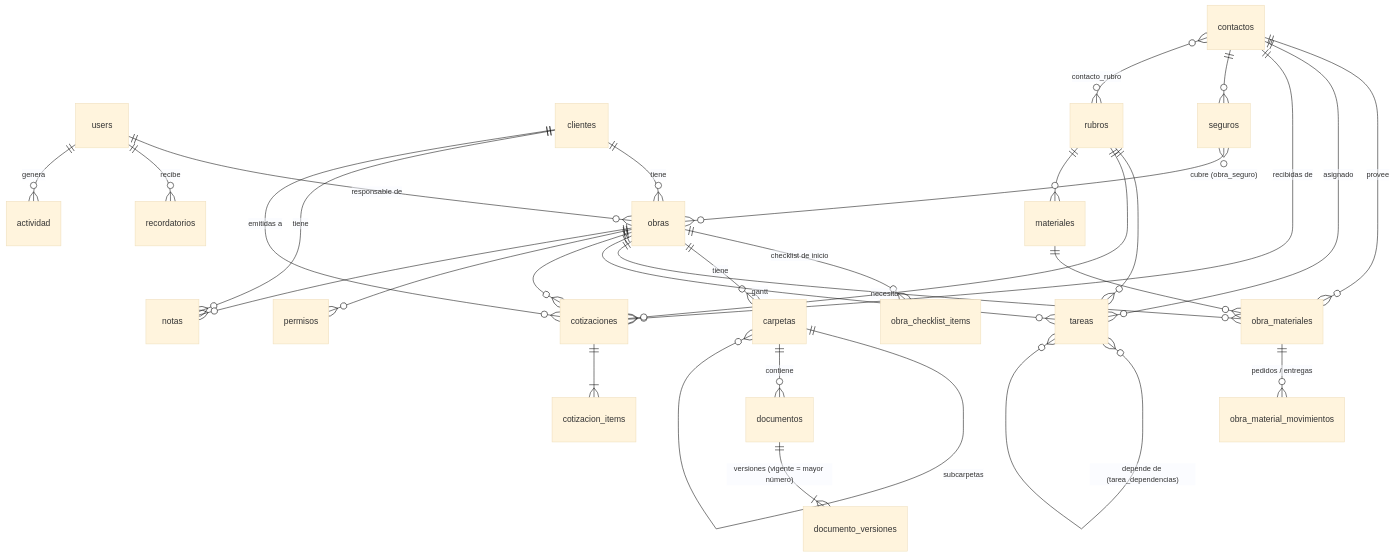
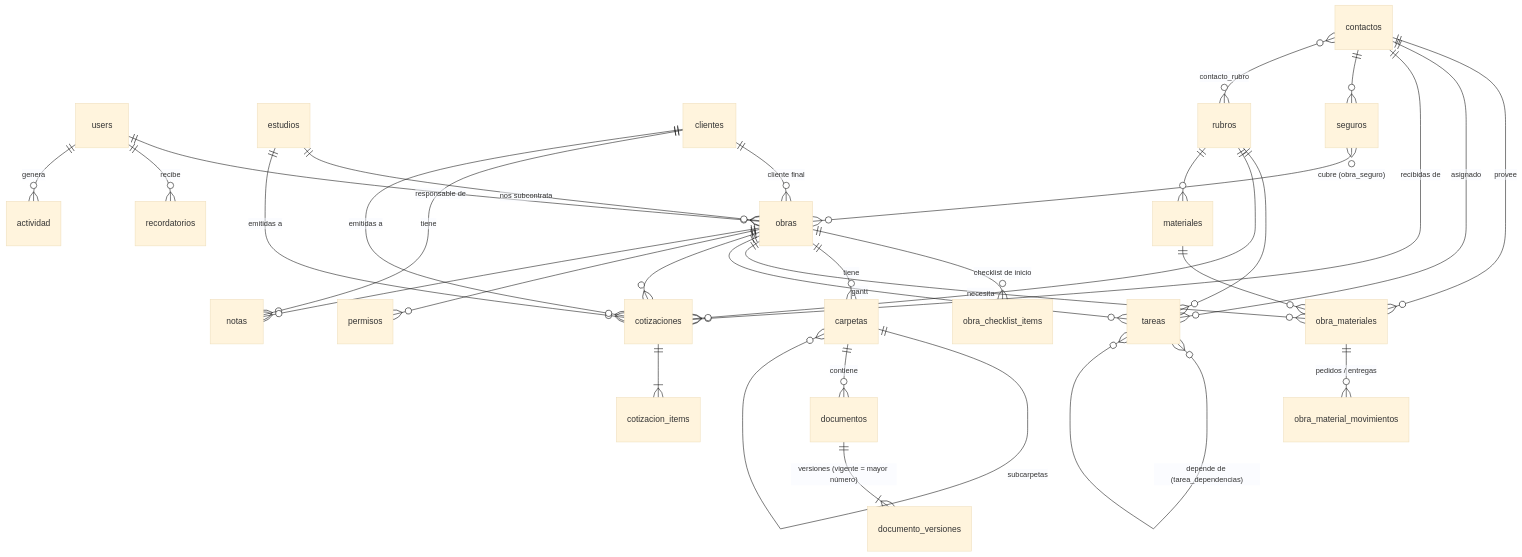
The diagram in docs/base-de-datos.md (aguskryss/sistemaestudiolmo), drawn with Mermaid (base theme) before and after one commit. The commit also changed other lines of this file and 100 other files, not shown here.

First line of the commit message:
Módulos completos: obras subcontratadas, archivos, materiales, Gantt y más

````diff
--- a/docs/base-de-datos.md
+++ b/docs/base-de-datos.md
@@ -5,39 +5,41 @@
 ```mermaid
 erDiagram
     users ||--o{ obras : "responsable de"
     users ||--o{ recordatorios : recibe
     users ||--o{ actividad : genera
 
-    clientes ||--o{ obras : tiene
+    estudios ||--o{ obras : "nos subcontrata"
+    estudios ||--o{ cotizaciones : "emitidas a"
+    clientes ||--o{ obras : "cliente final"
     clientes ||--o{ notas : tiene
     clientes ||--o{ cotizaciones : "emitidas a"
 
     obras ||--o{ obra_checklist_items : "checklist de inicio"
     obras ||--o{ carpetas : tiene
     carpetas ||--o{ carpetas : subcarpetas
     carpetas ||--o{ documentos : contiene
     documentos ||--|{ documento_versiones : "versiones (vigente = mayor número)"
 
     obras ||--o{ obra_materiales : necesita
     materiales ||--o{ obra_materiales : ""
     contactos ||--o{ obra_materiales : provee
     obra_materiales ||--o{ obra_material_movimientos : "pedidos / entregas"
 
     obras ||--o{ tareas : "gantt"
     tareas }o--o{ tareas : "depende de (tarea_dependencias)"
     rubros ||--o{ tareas : ""
     contactos ||--o{ tareas : "asignado"
 
     obras ||--o{ cotizaciones : ""
     contactos ||--o{ cotizaciones : "recibidas de"
     rubros ||--o{ cotizaciones : ""
     cotizaciones ||--|{ cotizacion_items : ""
 
     obras ||--o{ permisos : ""
     contactos ||--o{ seguros : ""
     seguros }o--o{ obras : "cubre (obra_seguro)"
 
     contactos }o--o{ rubros : "contacto_rubro"
     rubros ||--o{ materiales : ""
     obras ||--o{ notas : ""
 ```
````
